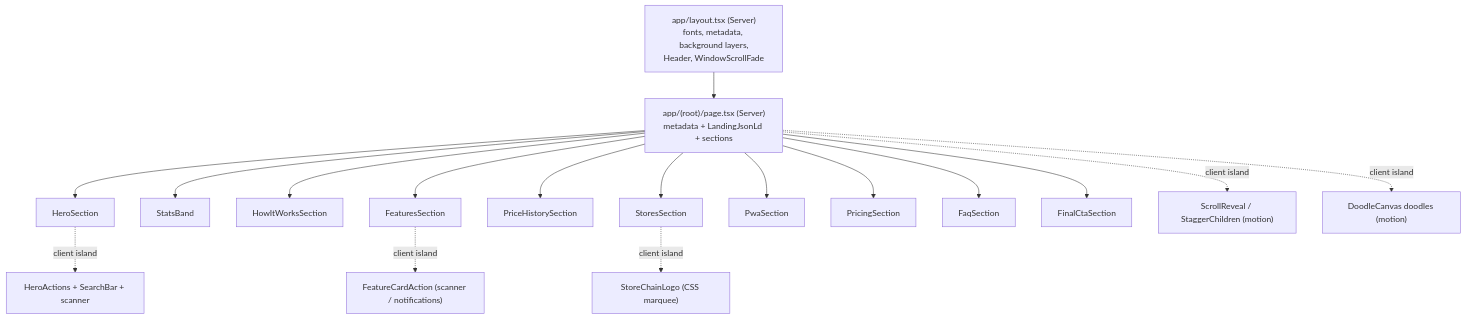
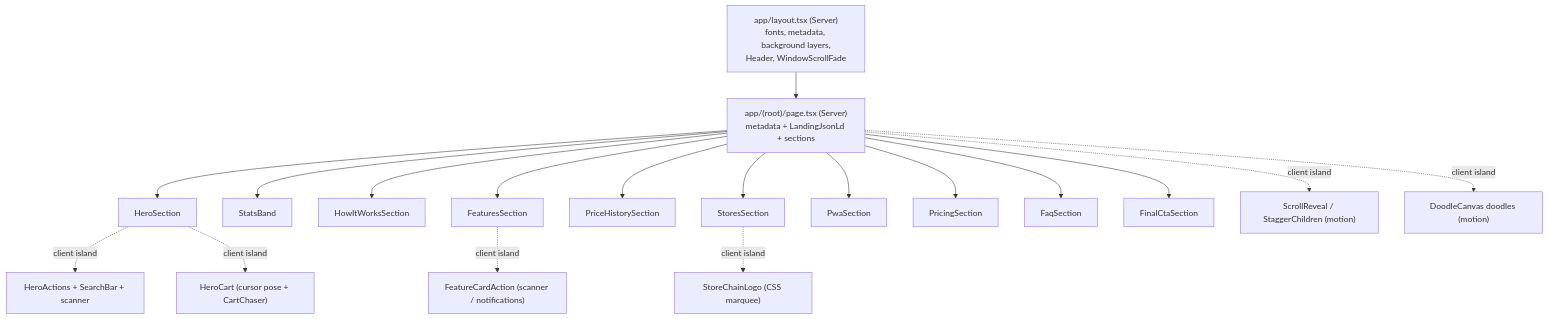
One commit to OffCrazyFreak/Disscount changed the diagram in docs/LANDING.md. Above: the diagram before and after it, drawn with Mermaid. The commit also changed other lines of this file, not shown here.

````diff
--- a/docs/LANDING.md
+++ b/docs/LANDING.md
@@ -13,21 +13,22 @@
 ```mermaid
 flowchart TD
   Layout["app/layout.tsx (Server)\nfonts, metadata, background layers,\nHeader, WindowScrollFade"] --> Page["app/(root)/page.tsx (Server)\nmetadata + LandingJsonLd + sections"]
 
   Page --> Hero[HeroSection]
   Page --> Stats[StatsBand]
   Page --> How[HowItWorksSection]
   Page --> Feat[FeaturesSection]
   Page --> Price[PriceHistorySection]
   Page --> Stores[StoresSection]
   Page --> Pwa[PwaSection]
   Page --> Pricing[PricingSection]
   Page --> Faq[FaqSection]
   Page --> Cta[FinalCtaSection]
 
   Hero -.client island.-> HeroActions["HeroActions + SearchBar + scanner"]
+  Hero -.client island.-> HeroCart["HeroCart (cursor pose + CartChaser)"]
   Feat -.client island.-> FCA["FeatureCardAction (scanner / notifications)"]
   Stores -.client island.-> Marquee["StoreChainLogo (CSS marquee)"]
   Page -.client island.-> Reveal["ScrollReveal / StaggerChildren (motion)"]
   Page -.client island.-> Doodles["DoodleCanvas doodles (motion)"]
 ```
````
